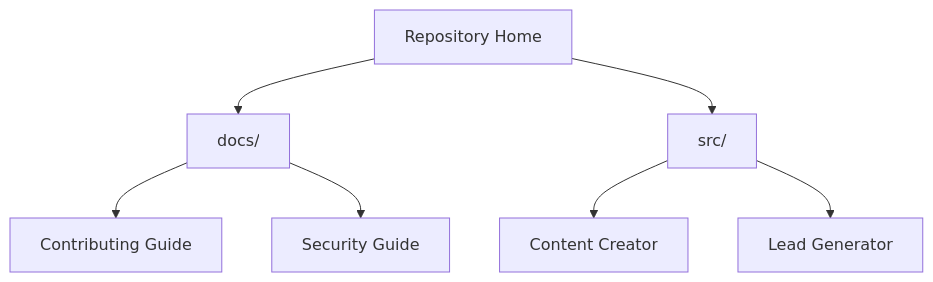
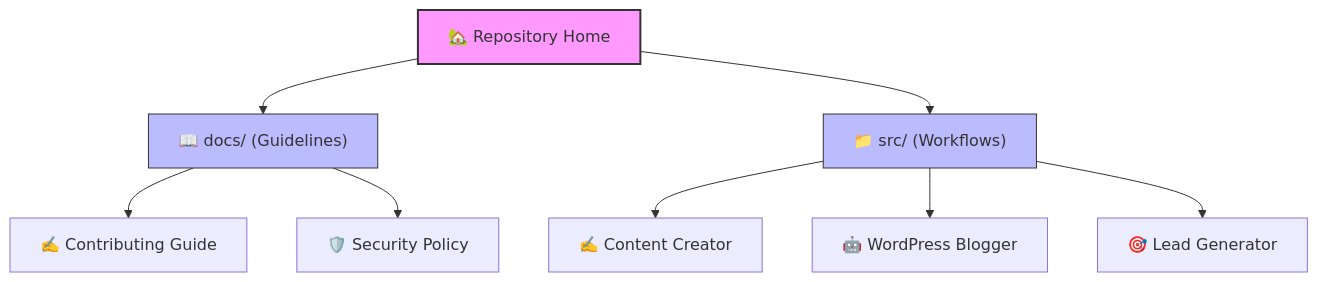
One commit to beydah/N8N-AI-Agent changed the diagram in README.md. Above: the diagram before and after it, drawn with Mermaid. The commit also changed other lines of this file and 8 other files, not shown here.

````diff
--- a/README.md
+++ b/README.md
@@ -14,9 +33,14 @@
 ```mermaid
 graph TD
-    Home["Repository Home"] --> Docs["docs/"]
-    Home --> Source["src/"]
-    Docs --> Contributing["Contributing Guide"]
-    Docs --> Security["Security Guide"]
-    Source --> Content["Content Creator"]
-    Source --> Leads["Lead Generator"]
+    Home["🏡 Repository Home"] --> Docs["📖 docs/ (Guidelines)"]
+    Home --> Source["📁 src/ (Workflows)"]
+    Docs --> Contributing["✍️ Contributing Guide"]
+    Docs --> Security["🛡️ Security Policy"]
+    Source --> Content["✍️ Content Creator"]
+    Source --> Blogger["🤖 WordPress Blogger"]
+    Source --> Leads["🎯 Lead Generator"]
+
+    style Home fill:#f9f,stroke:#333,stroke-width:2px
+    style Docs fill:#bbf,stroke:#333,stroke-width:1px
+    style Source fill:#bbf,stroke:#333,stroke-width:1px
 ```
````
